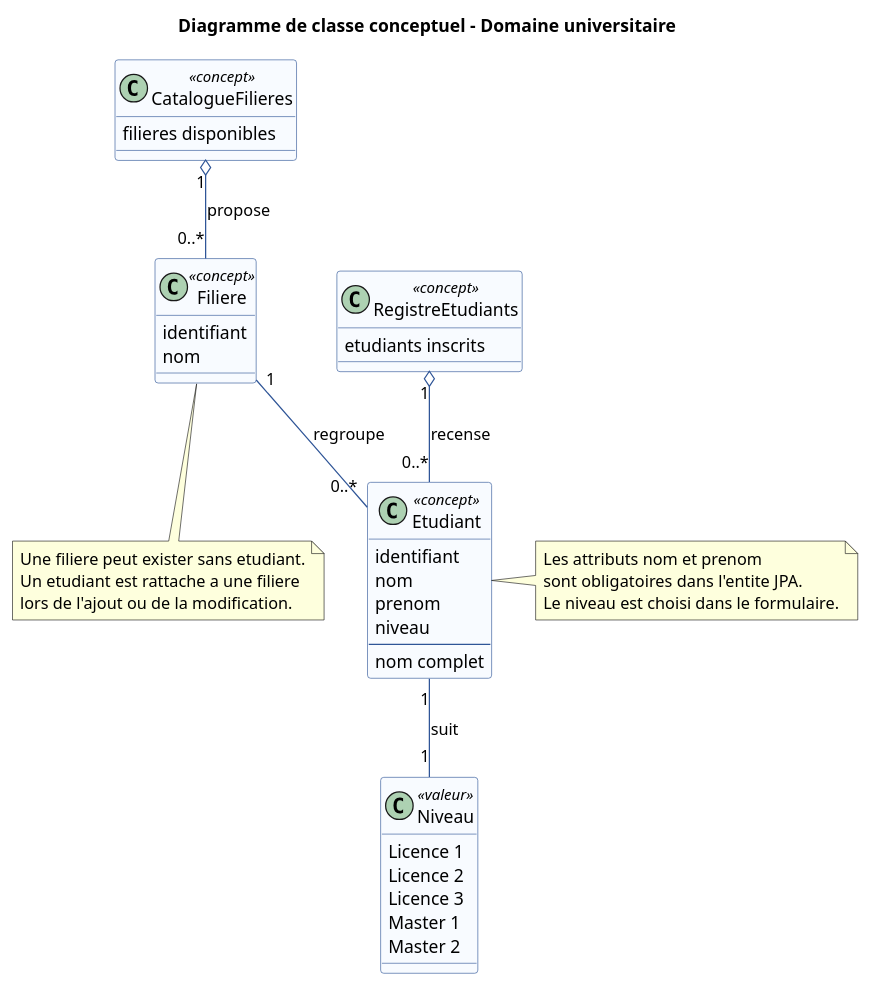
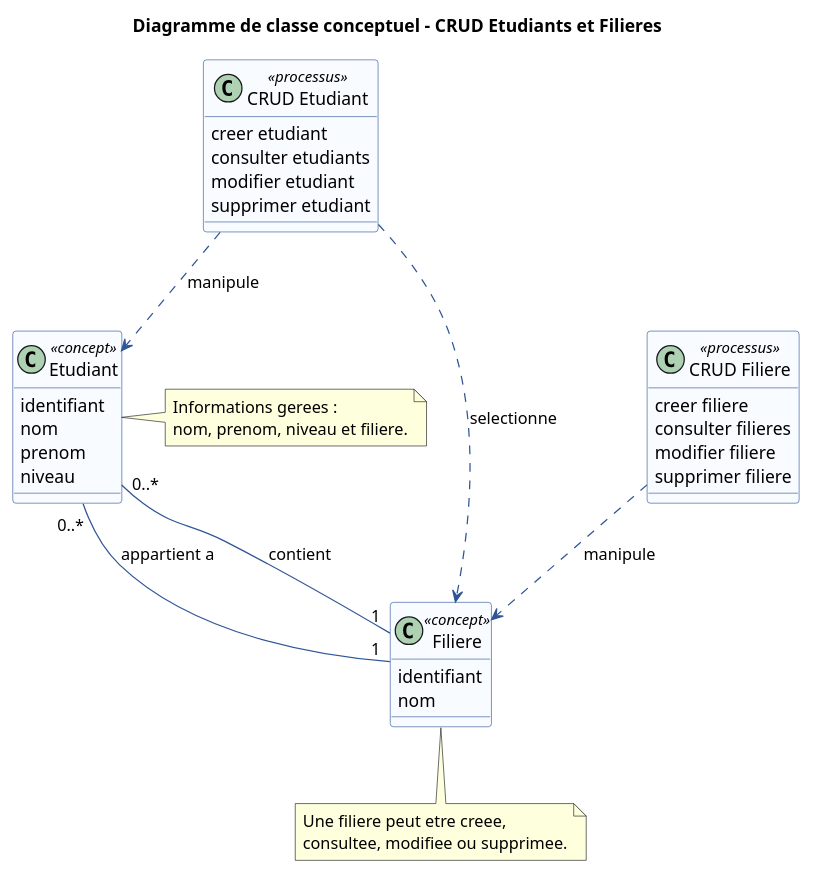
One commit to mehdidabaj/app-etudiant changed the diagram in docs/uml/classe-conceptuel.puml. Above: the diagram before and after it, drawn with PlantUML. The commit also changed 10 other files, not shown here.

Commit message:
Focus UML diagrams on student and filiere CRUD

```diff
--- a/docs/uml/classe-conceptuel.puml
+++ b/docs/uml/classe-conceptuel.puml
@@ -1,59 +1,55 @@
 @startuml
-title Diagramme de classe conceptuel - Domaine universitaire
+title Diagramme de classe conceptuel - CRUD Etudiants et Filieres
 
 skinparam classAttributeIconSize 0
 skinparam shadowing false
 skinparam class {
   BackgroundColor #F8FBFF
   BorderColor #2F5597
   ArrowColor #2F5597
 }
 
 class Etudiant <<concept>> {
   identifiant
   nom
   prenom
   niveau
-  --
-  nom complet
 }
 
 class Filiere <<concept>> {
   identifiant
   nom
 }
 
-class Niveau <<valeur>> {
-  Licence 1
-  Licence 2
-  Licence 3
-  Master 1
-  Master 2
+class "CRUD Etudiant" as CrudEtudiant <<processus>> {
+  creer etudiant
+  consulter etudiants
+  modifier etudiant
+  supprimer etudiant
 }
 
-class CatalogueFilieres <<concept>> {
-  filieres disponibles
+class "CRUD Filiere" as CrudFiliere <<processus>> {
+  creer filiere
+  consulter filieres
+  modifier filiere
+  supprimer filiere
 }
 
-class RegistreEtudiants <<concept>> {
-  etudiants inscrits
-}
+Filiere "1" -- "0..*" Etudiant : contient
+Etudiant "0..*" -- "1" Filiere : appartient a
 
-RegistreEtudiants "1" o-- "0..*" Etudiant : recense
-CatalogueFilieres "1" o-- "0..*" Filiere : propose
-Filiere "1" -- "0..*" Etudiant : regroupe
-Etudiant "1" -- "1" Niveau : suit
+CrudEtudiant ..> Etudiant : manipule
+CrudEtudiant ..> Filiere : selectionne
+CrudFiliere ..> Filiere : manipule
 
 note right of Etudiant
-  Les attributs nom et prenom
-  sont obligatoires dans l'entite JPA.
-  Le niveau est choisi dans le formulaire.
+  Informations gerees :
+  nom, prenom, niveau et filiere.
 end note
 
 note bottom of Filiere
-  Une filiere peut exister sans etudiant.
-  Un etudiant est rattache a une filiere
-  lors de l'ajout ou de la modification.
+  Une filiere peut etre creee,
+  consultee, modifiee ou supprimee.
 end note
 
 @enduml
```
